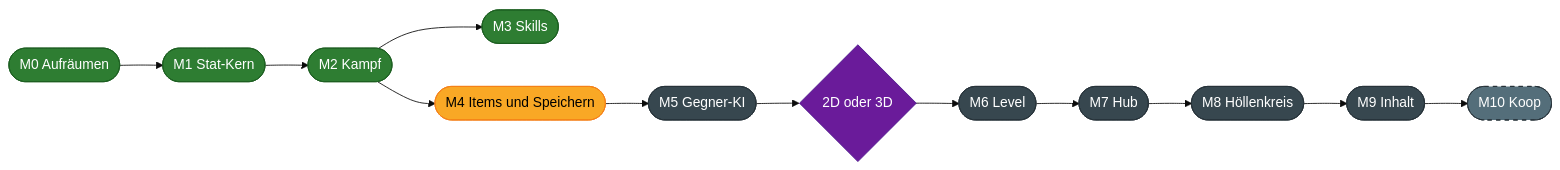
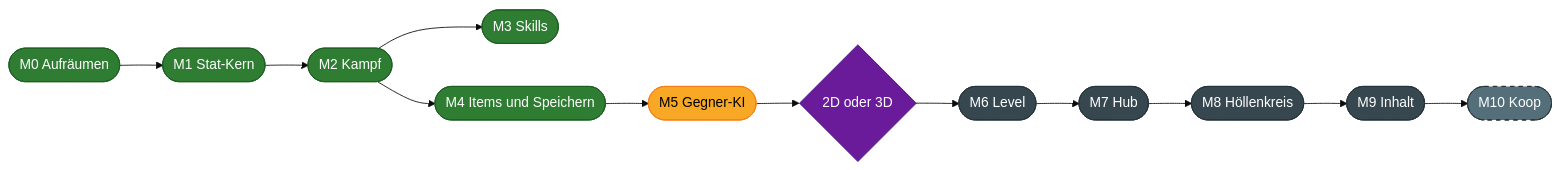
The diagram in README.md (sharedboidev/Hoellenspiralenspiel), drawn with Mermaid (base theme) before and after one commit. The commit also changed other lines of this file and 177 other files, not shown here.

````diff
--- a/README.md
+++ b/README.md
@@ -265,15 +294,15 @@
 ```mermaid
 flowchart LR
     M0(["M0 Aufräumen"]):::done --> M1(["M1 Stat-Kern"]):::done --> M2(["M2 Kampf"]):::done
     M2 --> M3(["M3 Skills"]):::done
-    M2 --> M4(["M4 Items und Speichern"]):::next
-    M4 --> M5(["M5 Gegner-KI"]):::open --> D{"2D oder 3D"}:::decision
+    M2 --> M4(["M4 Items und Speichern"]):::done
+    M4 --> M5(["M5 Gegner-KI"]):::next --> D{"2D oder 3D"}:::decision
     D --> M6(["M6 Level"]):::open --> M7(["M7 Hub"]):::open --> M8(["M8 Höllenkreis"]):::open
     M8 --> M9(["M9 Inhalt"]):::open --> M10(["M10 Koop"]):::optional
 
     classDef done fill:#2e7d32,color:#ffffff,stroke:#1b5e20
     classDef next fill:#f9a825,color:#000000,stroke:#f57f17
     classDef open fill:#37474f,color:#ffffff,stroke:#263238
     classDef decision fill:#6a1b9a,color:#ffffff,stroke:#4a148c
     classDef optional fill:#546e7a,color:#ffffff,stroke:#263238,stroke-dasharray: 5 5
 ```
````
